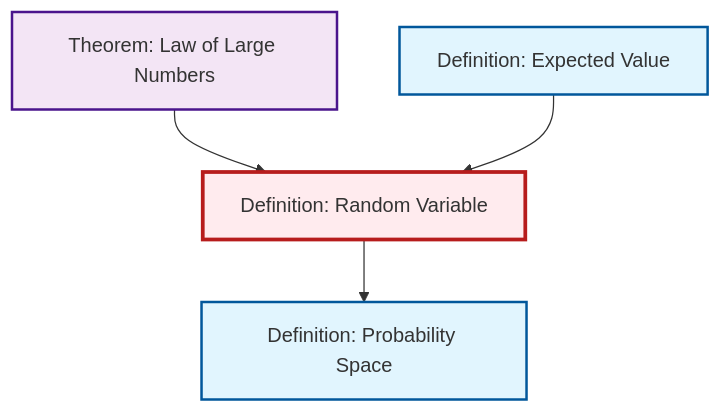
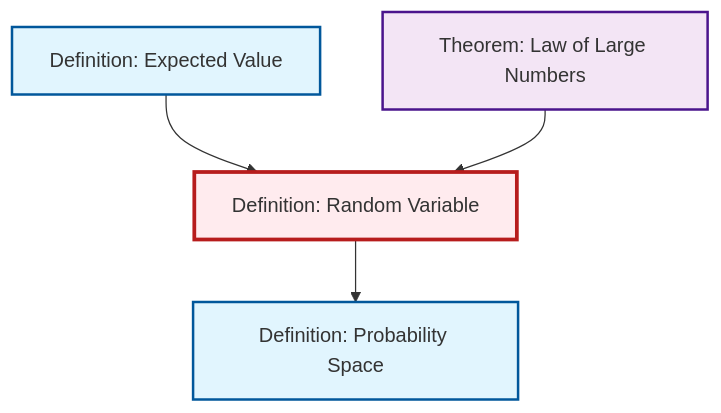
Before and after one commit to RK0429/ModernMath: the diagram in content/ja/probability-statistics/def-random-variable.qmd, drawn with Mermaid. The commit also changed other lines of this file and 417 other files, not shown here.

````diff
--- a/content/ja/probability-statistics/def-random-variable.qmd
+++ b/content/ja/probability-statistics/def-random-variable.qmd
@@ -48,20 +48,20 @@
 ```{mermaid}
 %%| fig-cap: "Local dependency graph"
 graph TD
     classDef definition fill:#e1f5fe,stroke:#01579b,stroke-width:2px
     classDef theorem fill:#f3e5f5,stroke:#4a148c,stroke-width:2px
     classDef axiom fill:#fff3e0,stroke:#e65100,stroke-width:2px
     classDef example fill:#e8f5e9,stroke:#1b5e20,stroke-width:2px
     classDef current fill:#ffebee,stroke:#b71c1c,stroke-width:3px
     def-expectation["Definition: Expected Value"]:::definition
+    thm-law-of-large-numbers["Theorem: Law of Large Numbers"]:::theorem
     def-random-variable["Definition: Random Variable"]:::definition
     def-probability-space["Definition: Probability Space"]:::definition
-    thm-law-of-large-numbers["Theorem: Law of Large Numbers"]:::theorem
+    def-random-variable --> def-probability-space
+    def-expectation --> def-random-variable
     thm-law-of-large-numbers --> def-random-variable
-    def-expectation --> def-random-variable
-    def-random-variable --> def-probability-space
     class def-random-variable current
     click def-expectation "def-expectation.html" "Definition: Expected Valueへ"
+    click thm-law-of-large-numbers "thm-law-of-large-numbers.html" "Theorem: Law of Large Numbersへ"
     click def-probability-space "def-probability-space.html" "Definition: Probability Spaceへ"
-    click thm-law-of-large-numbers "thm-law-of-large-numbers.html" "Theorem: Law of Large Numbersへ"
 ```
````
